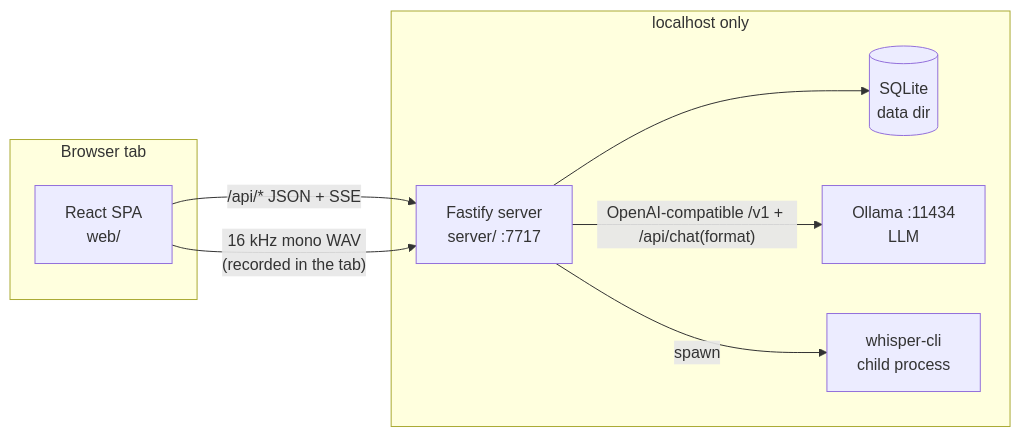
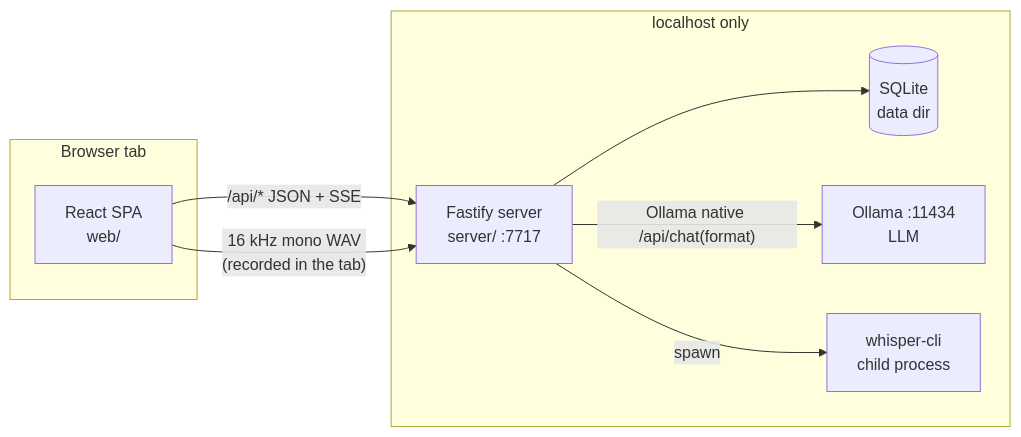
Before and after one commit to villenull/Apunta: the diagram in docs/PLAN.md, drawn with Mermaid. The commit also changed other lines of this file and 1 other file, not shown here.

First line of the commit message:
Correct the claim that the app speaks an OpenAI-compatible API

````diff
--- a/docs/PLAN.md
+++ b/docs/PLAN.md
@@ -40,17 +40,17 @@
 ```mermaid
 flowchart LR
   subgraph Browser tab
     SPA[React SPA<br/>web/]
   end
   subgraph "localhost only"
     API[Fastify server<br/>server/ :7717]
     DB[(SQLite<br/>data dir)]
     OLL[Ollama :11434<br/>LLM]
     WSP[whisper-cli<br/>child process]
   end
   SPA -- "/api/* JSON + SSE" --> API
   SPA -- "16 kHz mono WAV<br/>(recorded in the tab)" --> API
   API --> DB
-  API -- "OpenAI-compatible /v1 + /api/chat(format)" --> OLL
+  API -- "Ollama native /api/chat(format)" --> OLL
   API -- spawn --> WSP
 ```
````
